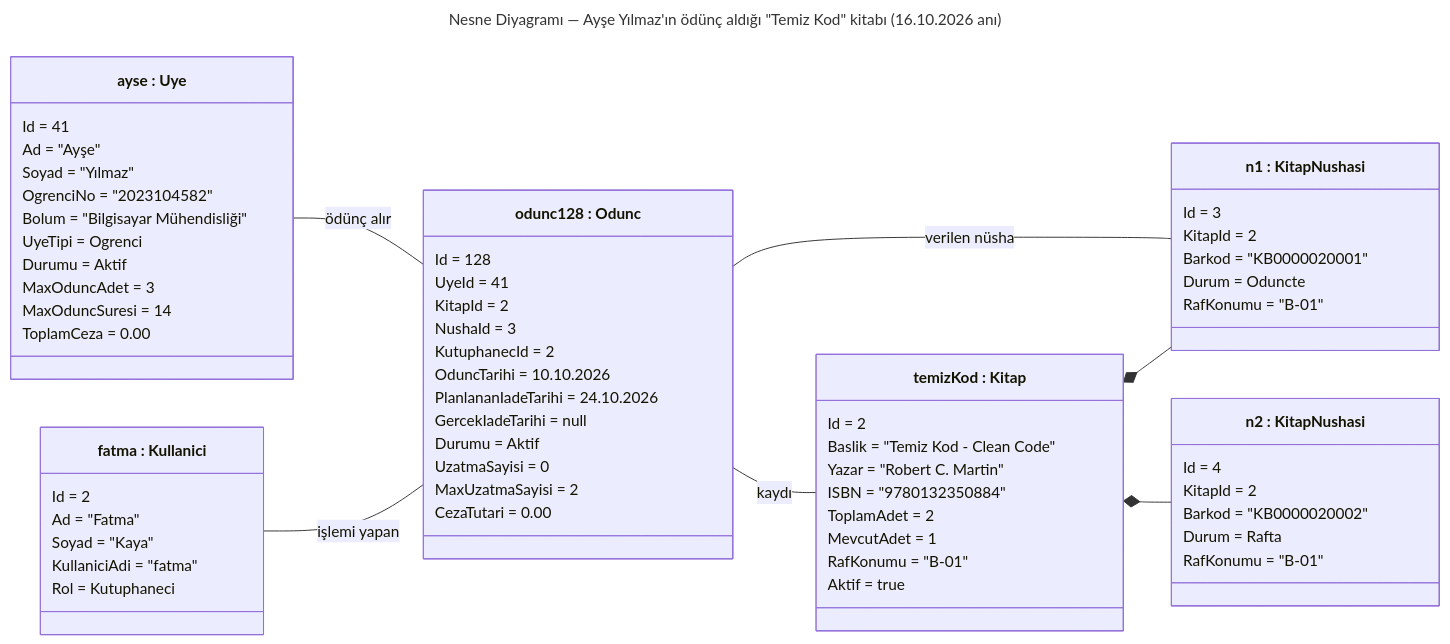
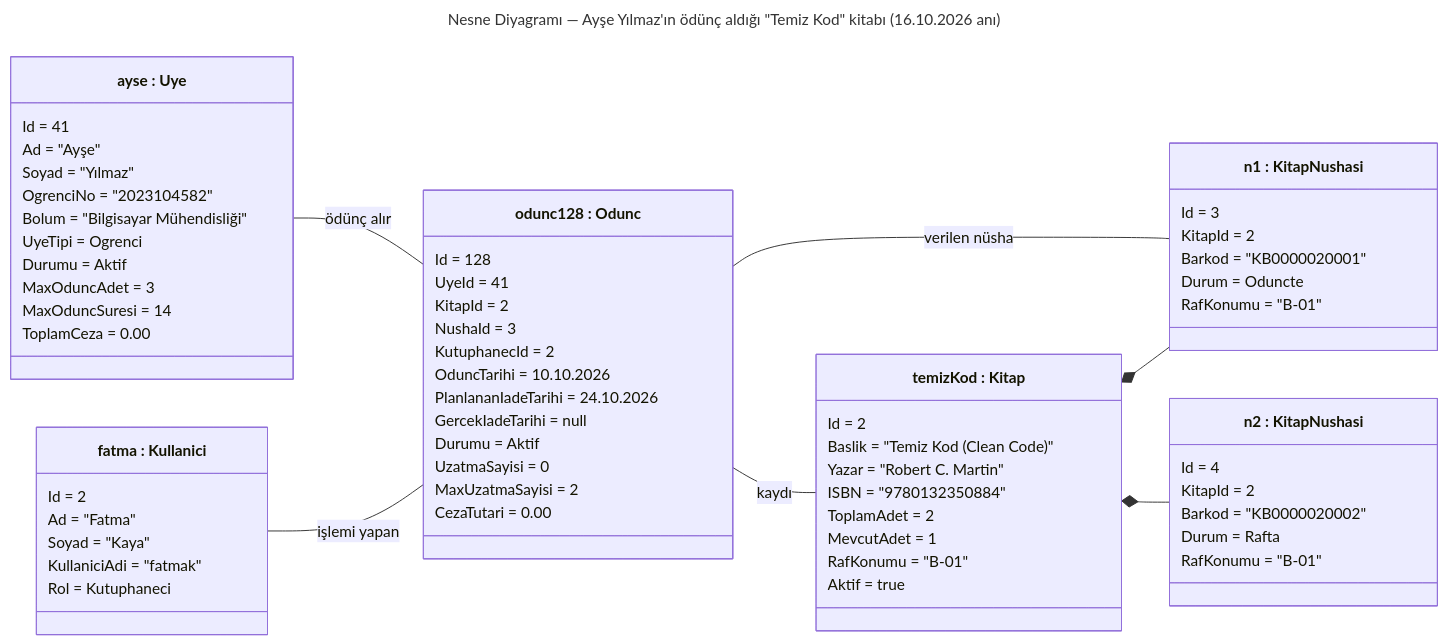
One commit to sudenurozturkk/KutuphaneOtomasyonu changed the diagram in docs/uml/2-nesne-diyagrami.mmd. Above: the diagram before and after it, drawn with Mermaid. The commit also changed 9 other files, not shown here.

First line of the commit message:
docs(uml): diyagramlari guncel kodla birebir esitle

```diff
--- a/docs/uml/2-nesne-diyagrami.mmd
+++ b/docs/uml/2-nesne-diyagrami.mmd
@@ -1,75 +1,75 @@
 ---
 title: Nesne Diyagramı — Ayşe Yılmaz'ın ödünç aldığı "Temiz Kod" kitabı (16.10.2026 anı)
 ---
 classDiagram
     direction LR
 
     class ayse["ayse : Uye"] {
         Id = 41
         Ad = "Ayşe"
         Soyad = "Yılmaz"
         OgrenciNo = "2023104582"
         Bolum = "Bilgisayar Mühendisliği"
         UyeTipi = Ogrenci
         Durumu = Aktif
         MaxOduncAdet = 3
         MaxOduncSuresi = 14
         ToplamCeza = 0.00
     }
 
     class odunc["odunc128 : Odunc"] {
         Id = 128
         UyeId = 41
         KitapId = 2
         NushaId = 3
         KutuphanecId = 2
         OduncTarihi = 10.10.2026
         PlanlananIadeTarihi = 24.10.2026
         GercekIadeTarihi = null
         Durumu = Aktif
         UzatmaSayisi = 0
         MaxUzatmaSayisi = 2
         CezaTutari = 0.00
     }
 
     class kitap["temizKod : Kitap"] {
         Id = 2
-        Baslik = "Temiz Kod - Clean Code"
+        Baslik = "Temiz Kod #40;Clean Code#41;"
         Yazar = "Robert C. Martin"
         ISBN = "9780132350884"
         ToplamAdet = 2
         MevcutAdet = 1
         RafKonumu = "B-01"
         Aktif = true
     }
 
     class nusha1["n1 : KitapNushasi"] {
         Id = 3
         KitapId = 2
         Barkod = "KB0000020001"
         Durum = Oduncte
         RafKonumu = "B-01"
     }
 
     class nusha2["n2 : KitapNushasi"] {
         Id = 4
         KitapId = 2
         Barkod = "KB0000020002"
         Durum = Rafta
         RafKonumu = "B-01"
     }
 
     class fatma["fatma : Kullanici"] {
         Id = 2
         Ad = "Fatma"
         Soyad = "Kaya"
-        KullaniciAdi = "fatma"
+        KullaniciAdi = "fatmak"
         Rol = Kutuphaneci
     }
 
     ayse -- odunc : ödünç alır
     odunc -- kitap : kaydı
     odunc -- nusha1 : verilen nüsha
     fatma -- odunc : işlemi yapan
     kitap *-- nusha1
     kitap *-- nusha2
```
